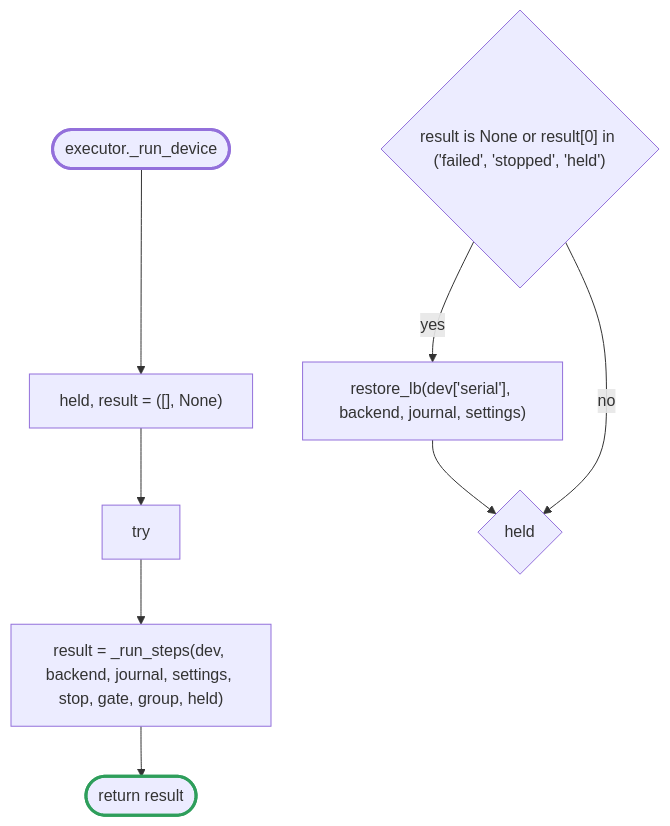
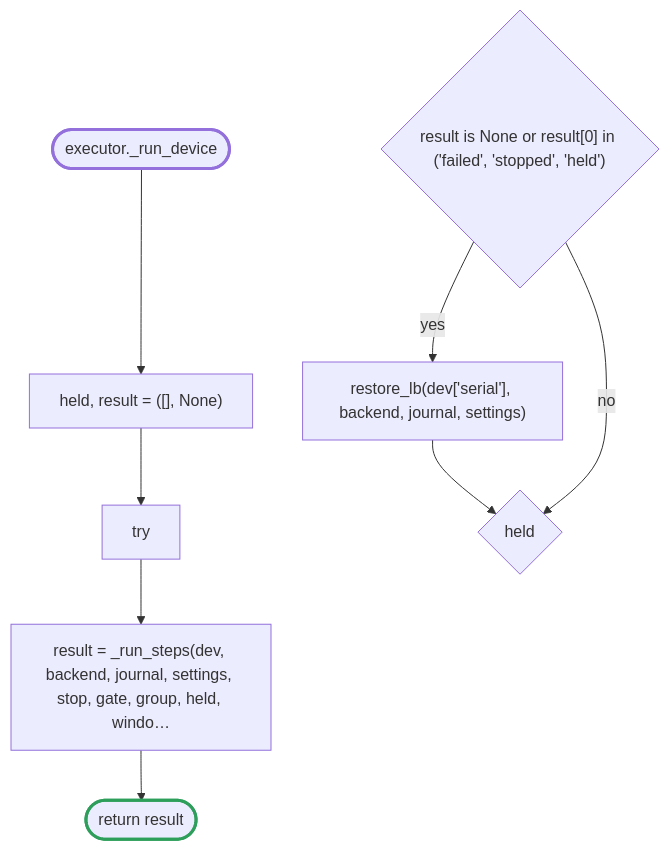
One commit to fettigcj/panUpgrade changed the third of 22 diagrams in docs/flow/upgrade.md. Above: the diagram before and after it, drawn with Mermaid. The commit also changed other lines of this file and 13 other files, not shown here.

````diff
--- a/docs/flow/upgrade.md
+++ b/docs/flow/upgrade.md
@@ -189,25 +192,25 @@
 ```mermaid
 flowchart TD
     r1(["executor._run_device"])
     r2["held, result = ([], None)"]
     r3["try"]
-    r4["result = _run_steps(dev, backend, journal, settings, stop, gate, group, held)"]
+    r4["result = _run_steps(dev, backend, journal, settings, stop, gate, group, held, windo…"]
     r5(["return result"])
     r6{"result is None or result[0] in ('failed', 'stopped', 'held')"}
     r7["restore_lb(dev['serial'], backend, journal, settings)"]
     r8{"held"}
     r1 --> r2
     r2 --> r3
     r3 --> r4
     r4 --> r5
     r6 -->|yes| r7
     r7 --> r8
     r6 -->|no| r8
     classDef api stroke:#2f6fed,stroke-width:3px
     classDef refuse stroke:#d64545,stroke-width:3px
     classDef done stroke:#2e9e5b,stroke-width:3px
     classDef step stroke:#e0a020,stroke-width:3px
     classDef entry stroke-width:3px
     class r1 entry
     class r5 done
 ```
````
